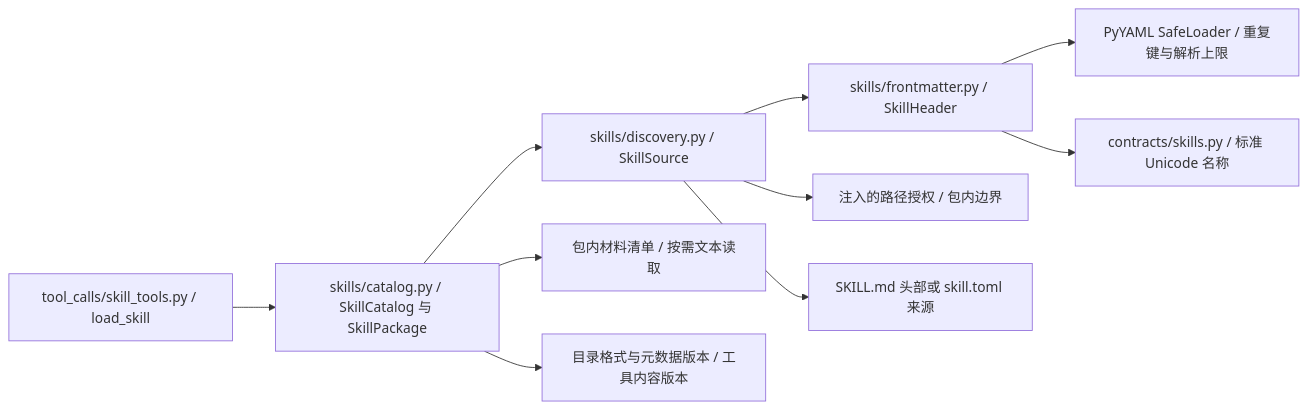
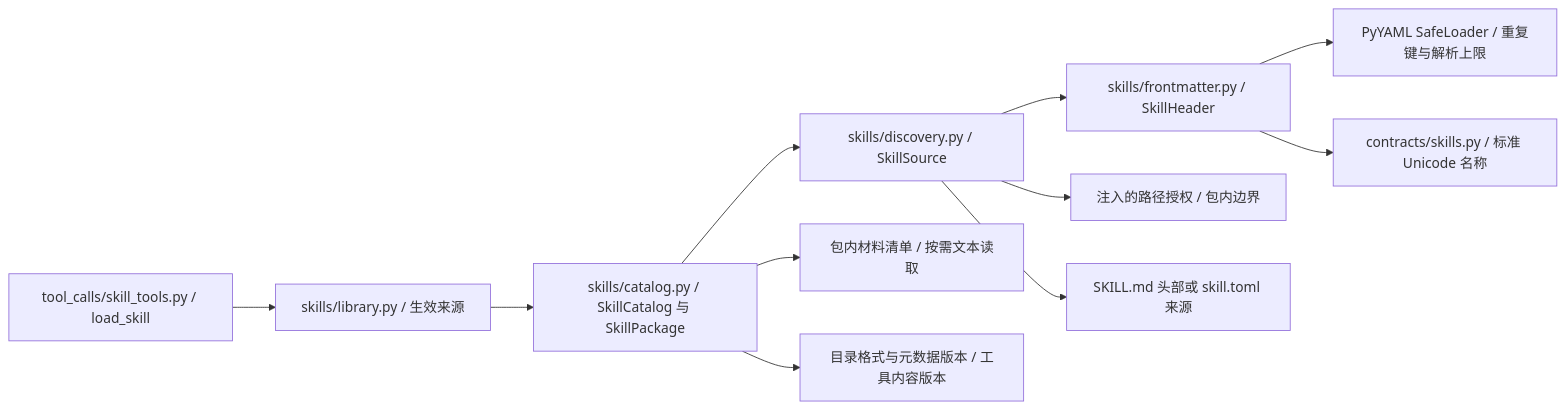
One commit to Plvltra/AdamAgent changed the second of 14 diagrams in docs/architecture.md. Above: the diagram before and after it, drawn with Mermaid. The commit also changed other lines of this file and 21 other files, not shown here.

```diff
--- a/docs/architecture.md
+++ b/docs/architecture.md
@@ -28,12 +34,13 @@
 ~~~mermaid
 flowchart LR
-    TOOL_SKILL["tool_calls/skill_tools.py / load_skill"] --> CATALOG_SKILL["skills/catalog.py / SkillCatalog 与 SkillPackage"]
+    TOOL_SKILL["tool_calls/skill_tools.py / load_skill"] --> RUNTIME_LIBRARY["skills/library.py / 生效来源"]
+    RUNTIME_LIBRARY --> CATALOG_SKILL["skills/catalog.py / SkillCatalog 与 SkillPackage"]
     CATALOG_SKILL --> DISC["skills/discovery.py / SkillSource"]
     CATALOG_SKILL --> MATERIAL["包内材料清单 / 按需文本读取"]
     CATALOG_SKILL --> SNAP_SKILL["目录格式与元数据版本 / 工具内容版本"]
     DISC --> HEADER["skills/frontmatter.py / SkillHeader"]
     DISC --> PATH_RULE["注入的路径授权 / 包内边界"]
     HEADER --> YAML["PyYAML SafeLoader / 重复键与解析上限"]
     HEADER --> NAME["contracts/skills.py / 标准 Unicode 名称"]
     DISC --> SOURCE_FILE["SKILL.md 头部或 skill.toml 来源"]
 ~~~
```
